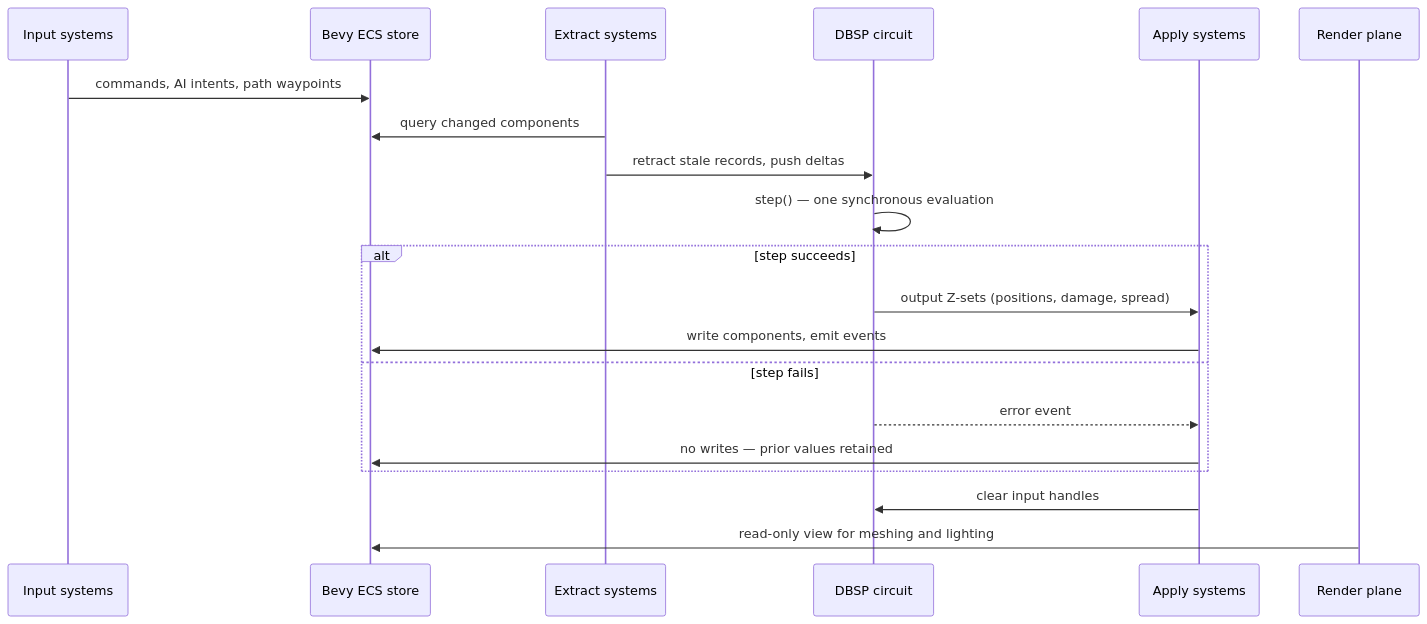
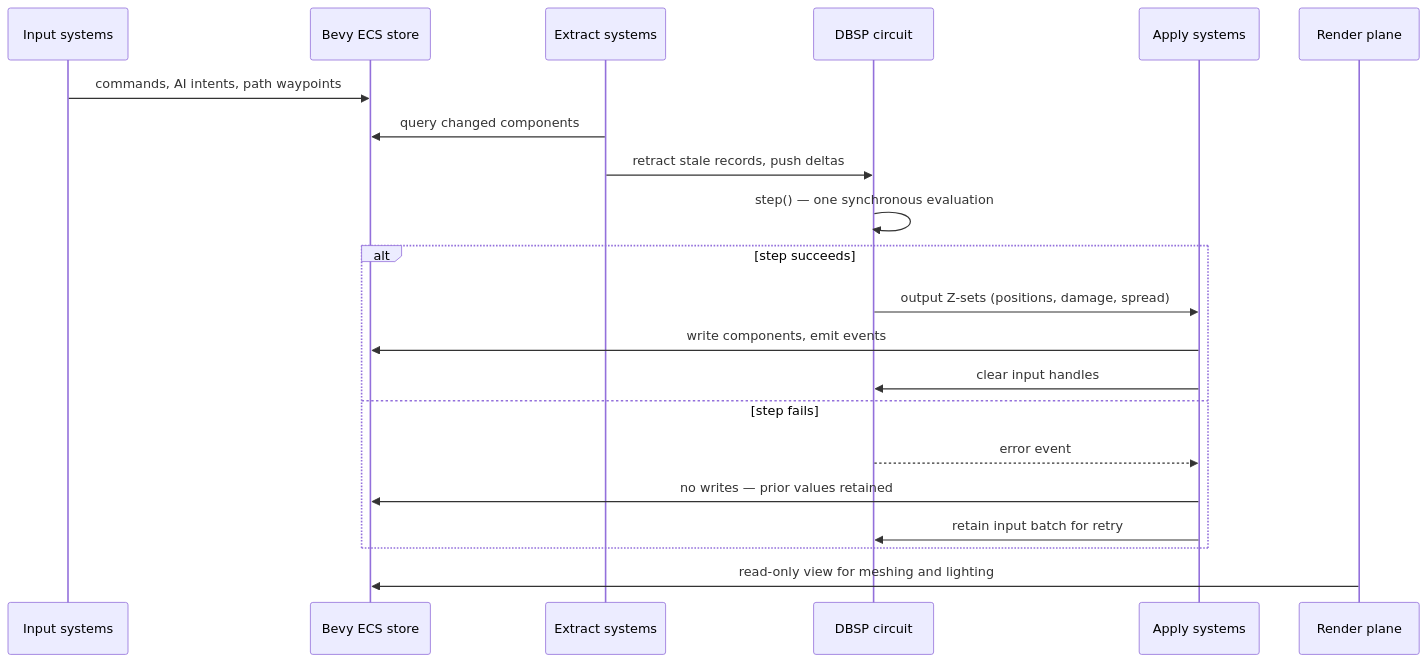
One commit to leynos/thysalion changed the second of 4 diagrams in docs/thysalion-design.md. Above: the diagram before and after it, drawn with Mermaid. The commit also changed other lines of this file and 1 other file, not shown here.

First line of the commit message:
Fix failed-step retry and save-time threshold fidelity

````diff
--- a/docs/thysalion-design.md
+++ b/docs/thysalion-design.md
@@ -370,23 +371,24 @@
 ```mermaid
 sequenceDiagram
     participant In as Input systems
     participant ECS as Bevy ECS store
     participant Ex as Extract systems
     participant C as DBSP circuit
     participant Ap as Apply systems
     participant R as Render plane
 
     In->>ECS: commands, AI intents, path waypoints
     Ex->>ECS: query changed components
     Ex->>C: retract stale records, push deltas
     C->>C: step() — one synchronous evaluation
     alt step succeeds
         C->>Ap: output Z-sets (positions, damage, spread)
         Ap->>ECS: write components, emit events
+        Ap->>C: clear input handles
     else step fails
         C-->>Ap: error event
         Ap->>ECS: no writes — prior values retained
+        Ap->>C: retain input batch for retry
     end
-    Ap->>C: clear input handles
     R->>ECS: read-only view for meshing and lighting
 ```
````
